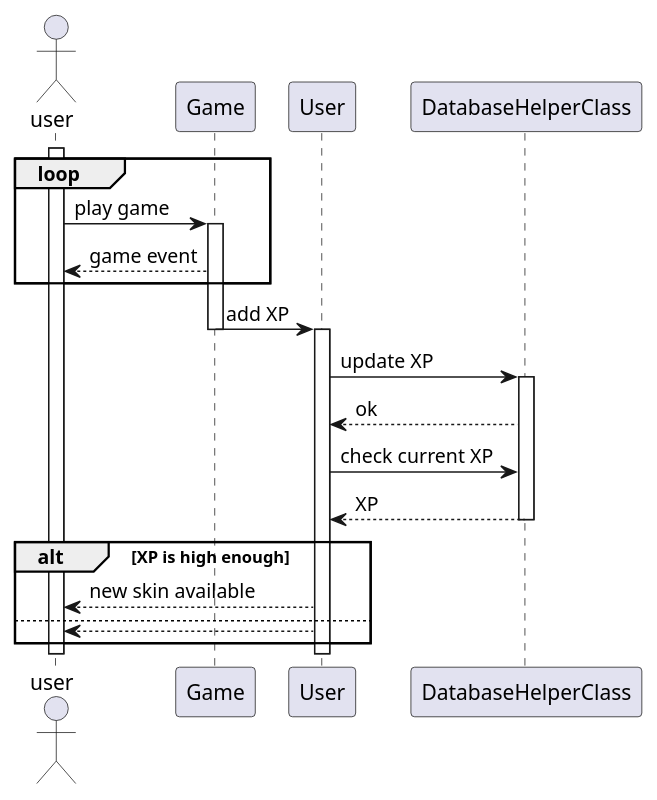
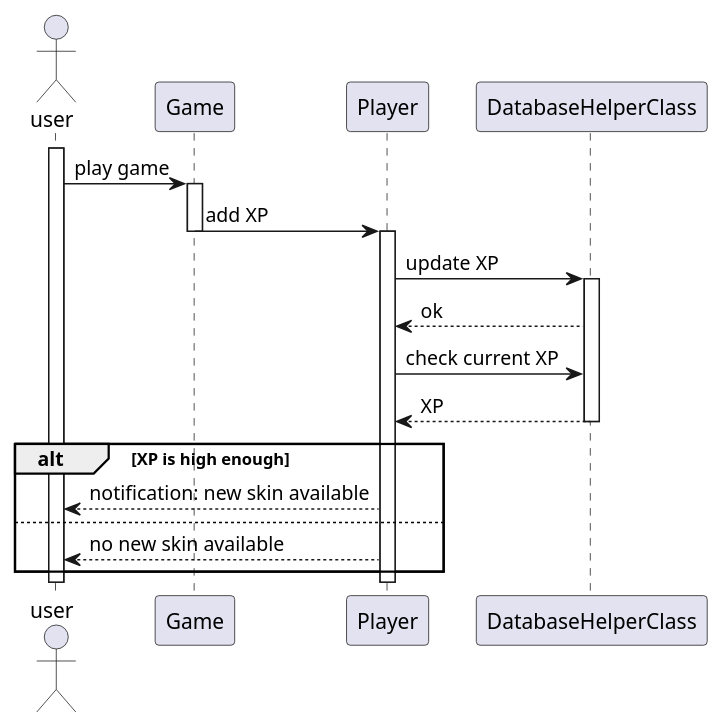
The diagram in doc/sequencediagrams/fr27.puml (PolyPong/PolyPong), drawn with PlantUML before and after one commit. The commit also changed 6 other files, not shown here.

```diff
--- a/doc/sequencediagrams/fr27.puml
+++ b/doc/sequencediagrams/fr27.puml
@@ -1,29 +1,29 @@
 actor user
 participant Game
-participant User as U
+participant Player as U
 participant DatabaseHelperClass as db
 
 activate user
-        loop
+''        loop
         user -> Game: play game
         activate Game
-                        Game --> user: game event
-                end
+''                        Game --> user: game event
+''                end
                 
         Game -> U: add XP
         deactivate Game
         activate U
         
                 U -> db: update XP
         activate db
                 db --> U: ok
                 U -> db: check current XP
                 db --> U: XP
         deactivate db
                 alt XP is high enough
-                        U --> user: new skin available
+                        U --> user: notification: new skin available
                 else
-                        U --> user
+                        U --> user: no new skin available
                 end
 deactivate user
 deactivate U
```
